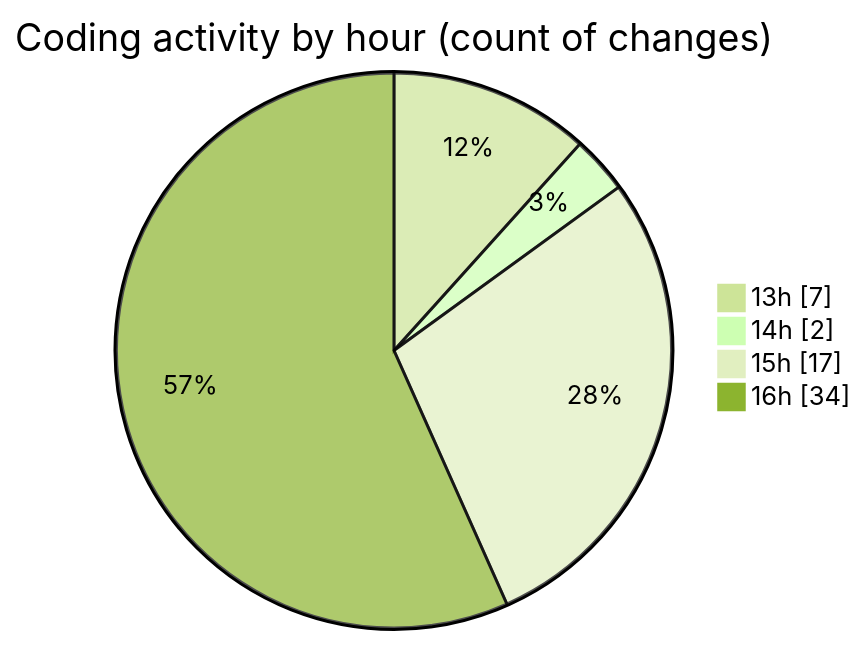
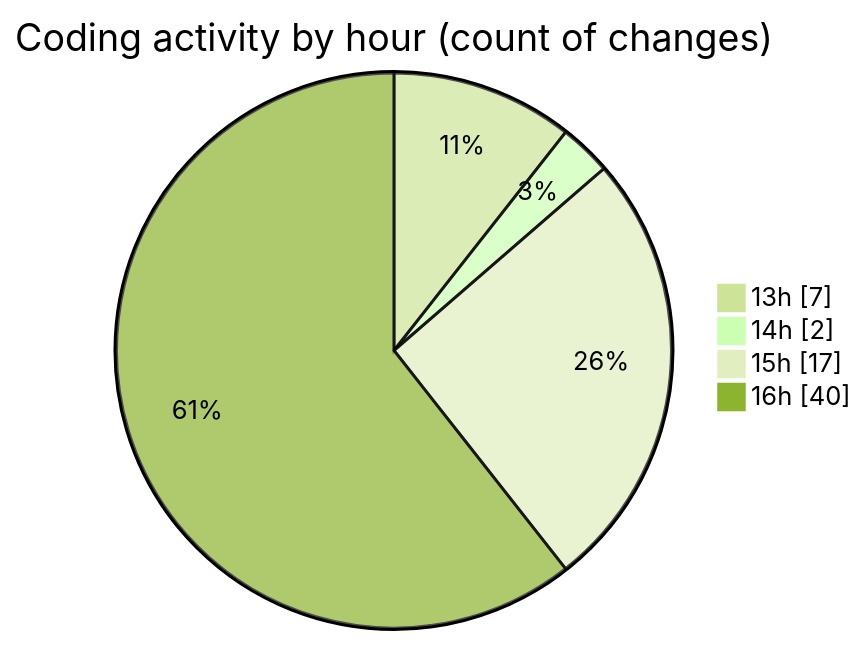
The second of 2 diagrams in 2025-02-24/micros/README.md (charlie-sans/code-tracking), drawn with Mermaid (forest theme) before and after one commit. The commit also changed other lines of this file and 1 other file, not shown here.

````diff
--- a/2025-02-24/micros/README.md
+++ b/2025-02-24/micros/README.md
@@ -44,8 +45,8 @@
 ```mermaid
 pie showData
 title Coding activity by hour (count of changes)
 "13h" : 7
 "14h" : 2
 "15h" : 17
-"16h" : 34
+"16h" : 40
 ```
````
